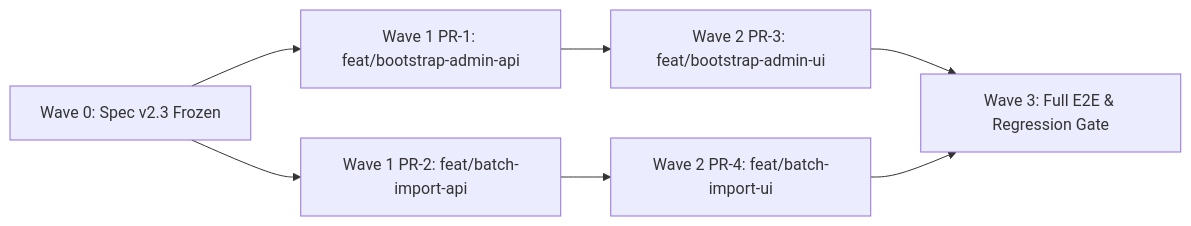
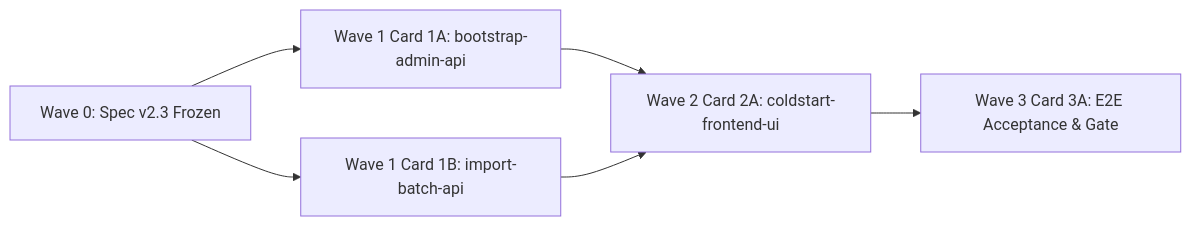
Before and after one commit to ZZZZihan/Lab-Agent: the diagram in docs/specs/proposal-coldstart-spec-v2.3-bootstrap-batch.md, drawn with Mermaid. The commit also changed other lines of this file and 8 other files, not shown here.

Commit message:
test(coldstart): add Wave 3 E2E acceptance suite and align batch stats/contracts

````diff
--- a/docs/specs/proposal-coldstart-spec-v2.3-bootstrap-batch.md
+++ b/docs/specs/proposal-coldstart-spec-v2.3-bootstrap-batch.md
@@ -227,9 +224,8 @@
 ```mermaid
 graph LR
-  W0[Wave 0: Spec v2.3 Frozen] --> PR1[Wave 1 PR-1: feat/bootstrap-admin-api]
-  W0 --> PR2[Wave 1 PR-2: feat/batch-import-api]
-  PR1 --> PR3[Wave 2 PR-3: feat/bootstrap-admin-ui]
-  PR2 --> PR4[Wave 2 PR-4: feat/batch-import-ui]
-  PR3 --> W3[Wave 3: Full E2E & Regression Gate]
-  PR4 --> W3
+  W0[Wave 0: Spec v2.3 Frozen] --> C1A[Wave 1 Card 1A: bootstrap-admin-api]
+  W0 --> C1B[Wave 1 Card 1B: import-batch-api]
+  C1A --> C2A[Wave 2 Card 2A: coldstart-frontend-ui]
+  C1B --> C2A
+  C2A --> C3A[Wave 3 Card 3A: E2E Acceptance & Gate]
 ```
````
